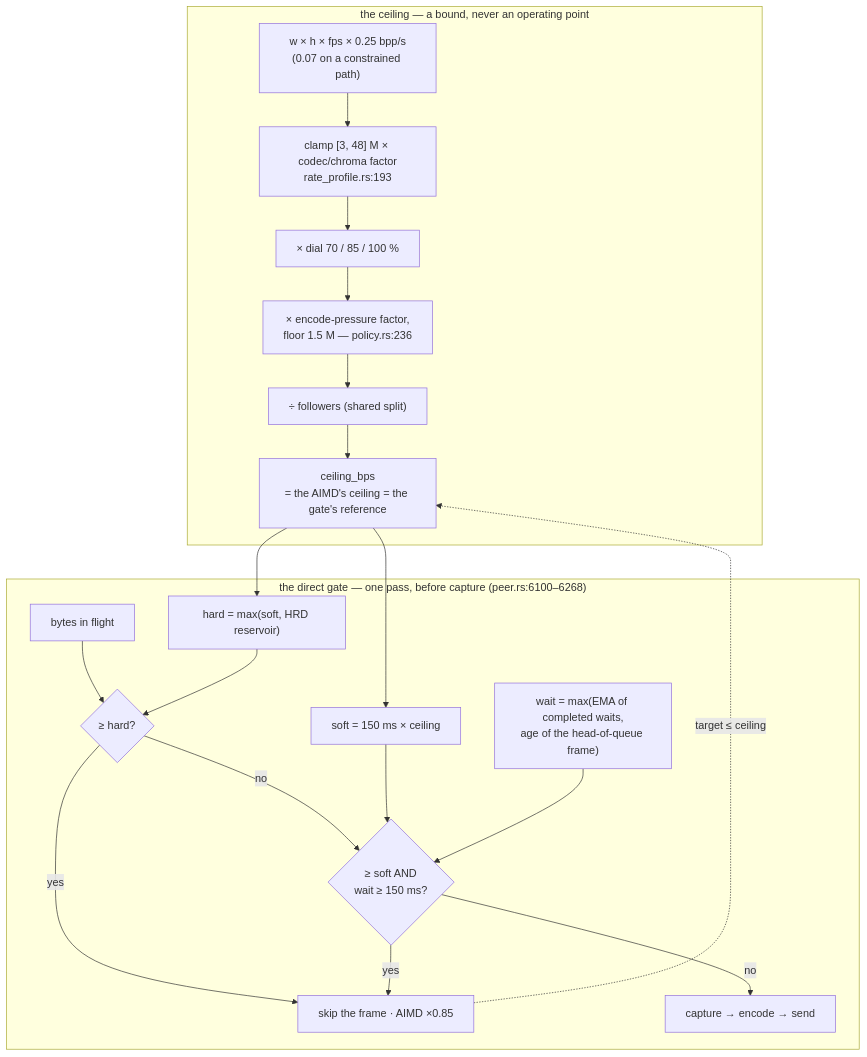
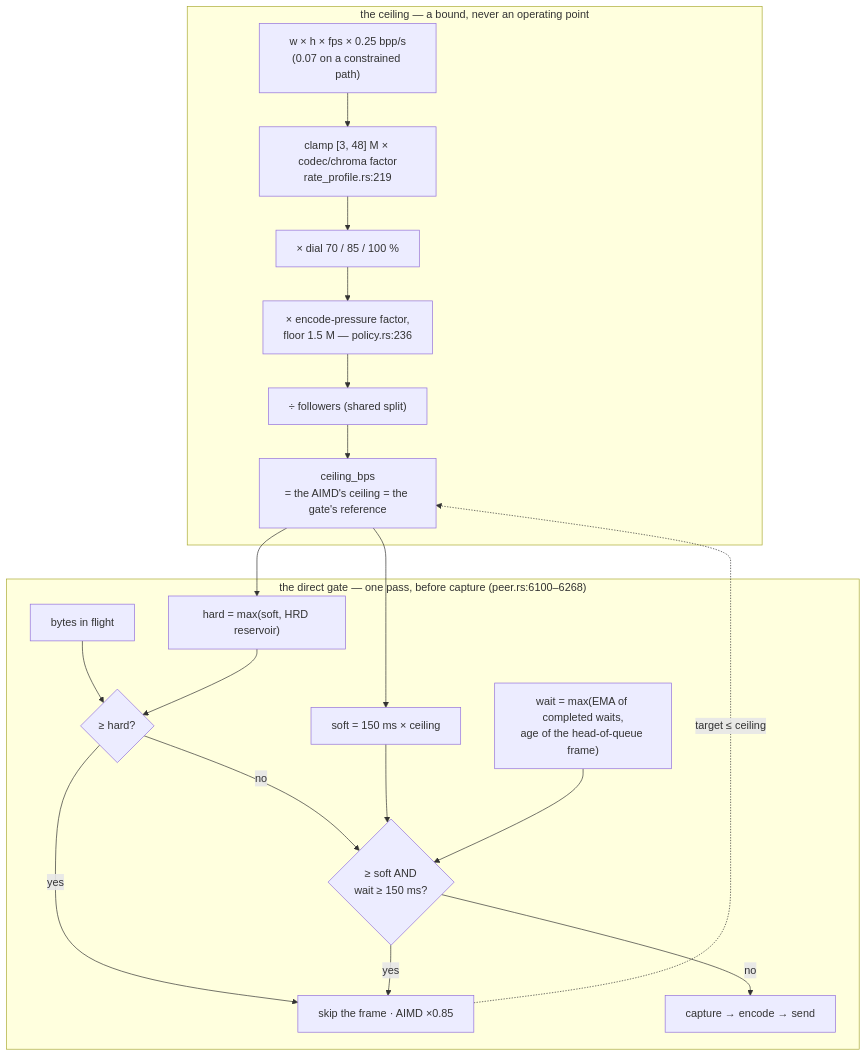
One commit to gjovanov/roomler-ai changed the third of 4 diagrams in docs/rate-control.md. Above: the diagram before and after it, drawn with Mermaid. The commit also changed other lines of this file and 12 other files, not shown here.

````diff
--- a/docs/rate-control.md
+++ b/docs/rate-control.md
@@ -340,24 +340,24 @@
 ```mermaid
 flowchart TB
     subgraph ceiling["the ceiling — a bound, never an operating point"]
-        G["w × h × fps × 0.25 bpp/s<br/>(0.07 on a constrained path)"] --> C["clamp [3, 48] M × codec/chroma factor<br/>rate_profile.rs:193"]
+        G["w × h × fps × 0.25 bpp/s<br/>(0.07 on a constrained path)"] --> C["clamp [3, 48] M × codec/chroma factor<br/>rate_profile.rs:219"]
         C --> D["× dial 70 / 85 / 100 %"]
         D --> E["× encode-pressure factor,<br/>floor 1.5 M — policy.rs:236"]
         E --> S["÷ followers (shared split)"]
         S --> CEIL["ceiling_bps<br/>= the AIMD's ceiling = the gate's reference"]
     end
     subgraph gate["the direct gate — one pass, before capture (peer.rs:6100–6268)"]
         CEIL --> SOFT["soft = 150 ms × ceiling"]
         CEIL --> HARD["hard = max(soft, HRD reservoir)"]
         W["wait = max(EMA of completed waits,<br/>age of the head-of-queue frame)"]
         Q["bytes in flight"] --> H{"≥ hard?"}
         HARD --> H
         H -- yes --> TRIP["skip the frame · AIMD ×0.85"]
         H -- no --> SQ{"≥ soft AND<br/>wait ≥ 150 ms?"}
         SOFT --> SQ
         W --> SQ
         SQ -- yes --> TRIP
         SQ -- no --> PASS["capture → encode → send"]
     end
     TRIP -.->|"target ≤ ceiling"| CEIL
 ```
````
